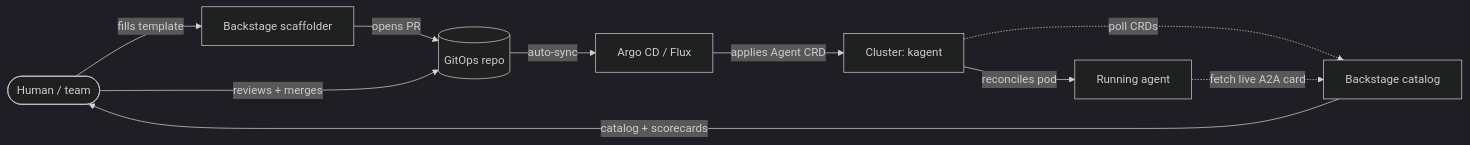
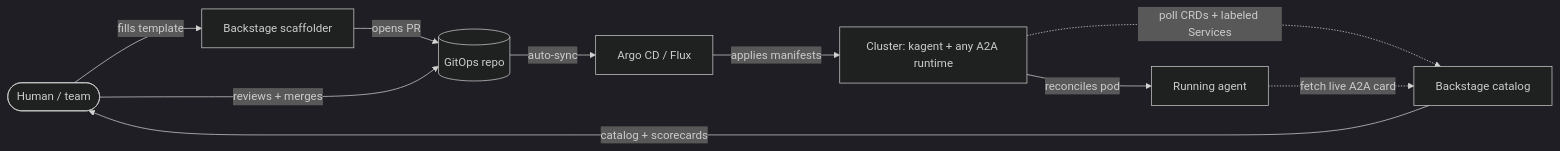
Before and after one commit to Showcall/agent-catalog: the diagram in docs/architecture.md, drawn with Mermaid (dark theme). The commit also changed other lines of this file and 4 other files, not shown here.

First line of the commit message:
docs: reflect rung 3 Tier A across README, architecture, governance, concepts, roadmap

````diff
--- a/docs/architecture.md
+++ b/docs/architecture.md
@@ -10,12 +10,12 @@
 ```mermaid
 flowchart LR
     H([Human / team]) -->|fills template| B[Backstage scaffolder]
     B -->|opens PR| G[(GitOps repo)]
     H -->|reviews + merges| G
     G -->|auto-sync| A[Argo CD / Flux]
-    A -->|applies Agent CRD| K[Cluster: kagent]
+    A -->|applies manifests| K[Cluster: kagent + any A2A runtime]
     K -->|reconciles pod| P[Running agent]
-    K -.->|poll CRDs| C[Backstage catalog]
+    K -.->|poll CRDs + labeled Services| C[Backstage catalog]
     P -.->|fetch live A2A card| C
     C -->|catalog + scorecards| H
 ```
````
